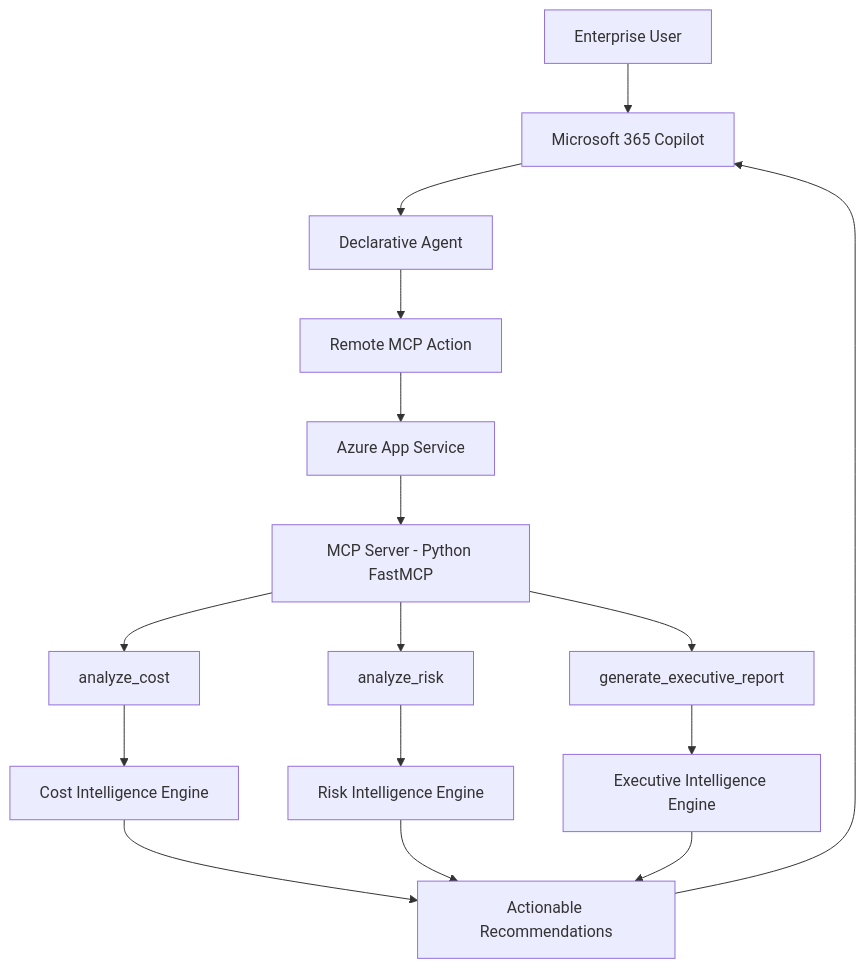
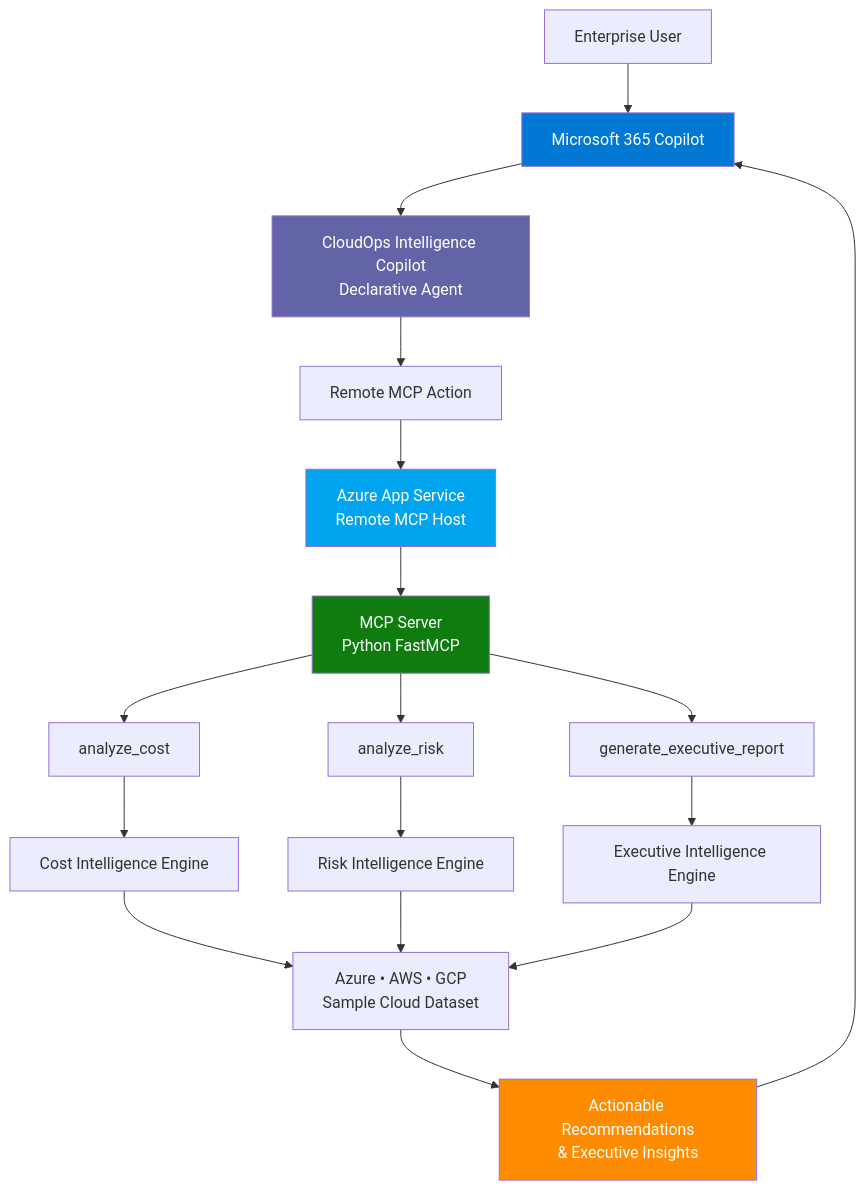
The diagram in README.md (Suvendu-IBM/cloudops-intelligence-agent), drawn with Mermaid before and after one commit. The commit also changed other lines of this file and 5 other files, not shown here.

````diff
--- a/README.md
+++ b/README.md
@@ -122,21 +104,41 @@
 ```mermaid
 flowchart TD
-		U[Enterprise User] --> C[Microsoft 365 Copilot]
-		C --> D[Declarative Agent]
-		D --> A[Remote MCP Action]
-		A --> AP[Azure App Service]
-		AP --> M[MCP Server - Python FastMCP]
+U[Enterprise User]
 
-		M --> T1[analyze_cost]
-		M --> T2[analyze_risk]
-		M --> T3[generate_executive_report]
+U --> C[Microsoft 365 Copilot]
 
-		T1 --> C1[Cost Intelligence Engine]
-		T2 --> C2[Risk Intelligence Engine]
-		T3 --> C3[Executive Intelligence Engine]
+C --> D[CloudOps Intelligence Copilot
+Declarative Agent]
 
-		C1 --> R[Actionable Recommendations]
-		C2 --> R
-		C3 --> R
-		R --> C
+D --> A[Remote MCP Action]
+
+A --> AP[Azure App Service
+Remote MCP Host]
+
+AP --> M[MCP Server
+Python FastMCP]
+
+M --> T1[analyze_cost]
+M --> T2[analyze_risk]
+M --> T3[generate_executive_report]
+
+T1 --> E1[Cost Intelligence Engine]
+T2 --> E2[Risk Intelligence Engine]
+T3 --> E3[Executive Intelligence Engine]
+
+E1 --> DS[Azure • AWS • GCP
+Sample Cloud Dataset]
+E2 --> DS
+E3 --> DS
+
+DS --> R[Actionable Recommendations
+& Executive Insights]
+
+R --> C
+
+style C fill:#0078D4,color:#ffffff
+style D fill:#6264A7,color:#ffffff
+style AP fill:#00A4EF,color:#ffffff
+style M fill:#107C10,color:#ffffff
+style R fill:#FF8C00,color:#ffffff
 ```
````
